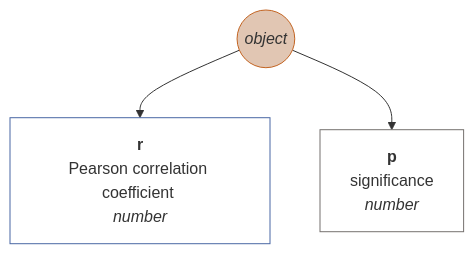
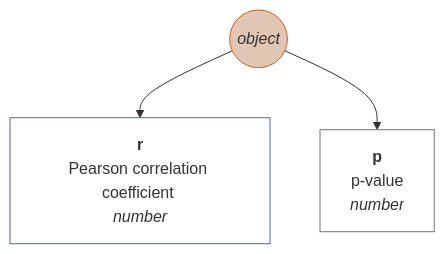
Before and after one commit to muzikp/retusa: diagram 30 of 38 in docs/en-GB.md, drawn with Mermaid. The commit also changed other lines of this file and 8 other files, not shown here.

````diff
--- a/docs/en-GB.md
+++ b/docs/en-GB.md
@@ -1108,13 +1108,13 @@
 ```mermaid
 graph TD
 correlPartial((<i>object</i>))
 style correlPartial fill:#E1C6B3;
 style correlPartial stroke:#C36422;
 correlPartial --> r[<b>r</b><br>Pearson correlation coefficient <br><i>number</i>]
 style r fill:#FFFFFF;
 style r stroke:#4967A4;
-correlPartial --> p[<b>p</b><br>significance <br><i>number</i>]
+correlPartial --> p[<b>p</b><br>p-value <br><i>number</i>]
 style p fill:#FFFFFF;
 style p stroke:#75716F;
 
 ```
````
